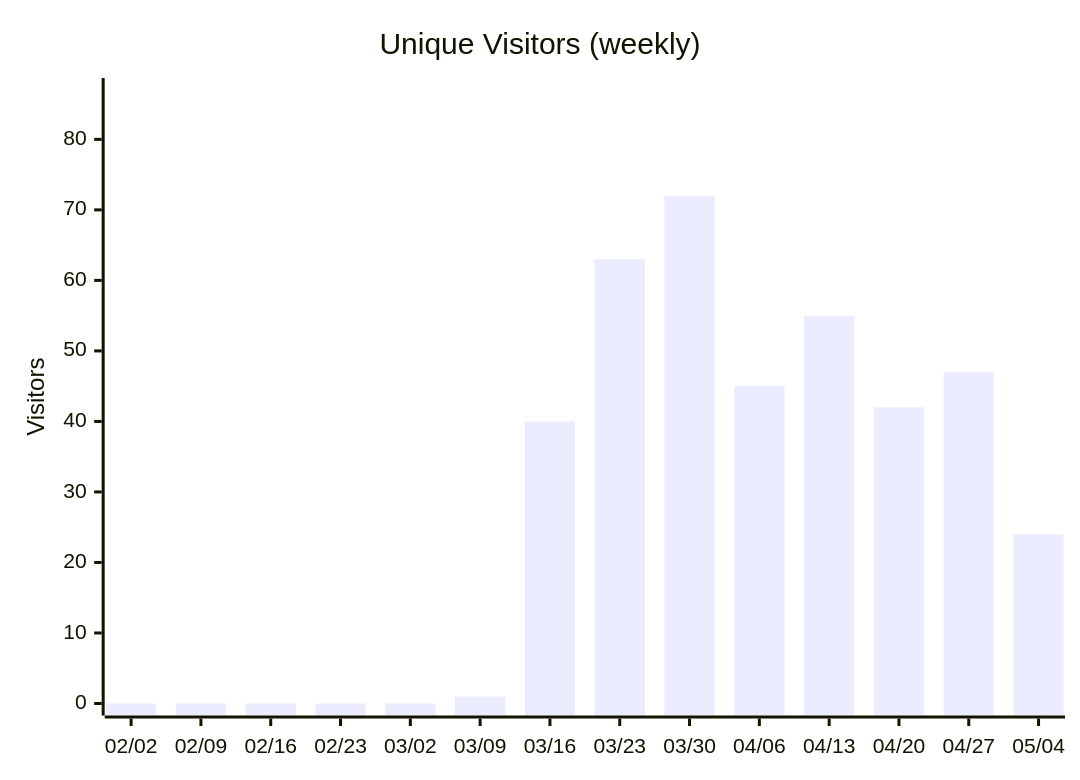
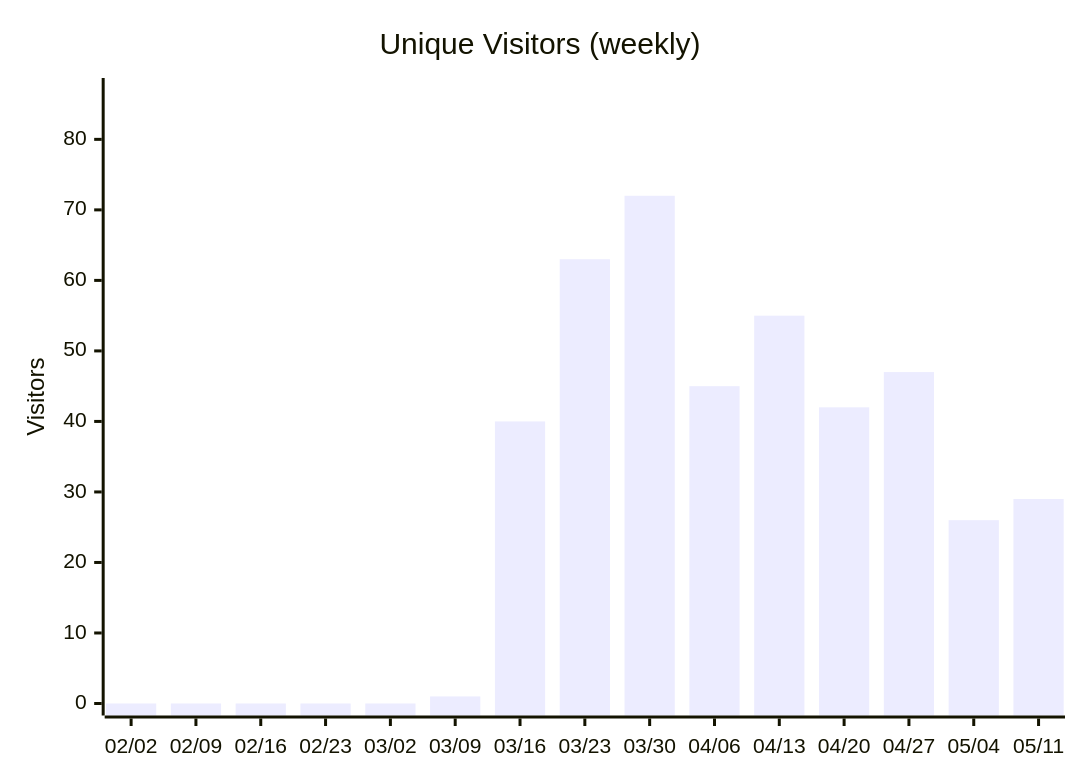
Diagram 13 of 14 in docs/metrics.md (nablarch/nabledge-dev), drawn with Mermaid before and after one commit. The commit also changed other lines of this file and 2 other files, not shown here.

````diff
--- a/docs/metrics.md
+++ b/docs/metrics.md
@@ -169,7 +169,7 @@
 ```mermaid
 xychart-beta
   title "Unique Visitors (weekly)"
-  x-axis ["02/02", "02/09", "02/16", "02/23", "03/02", "03/09", "03/16", "03/23", "03/30", "04/06", "04/13", "04/20", "04/27", "05/04"]
+  x-axis ["02/02", "02/09", "02/16", "02/23", "03/02", "03/09", "03/16", "03/23", "03/30", "04/06", "04/13", "04/20", "04/27", "05/04", "05/11"]
   y-axis "Visitors" 0 --> 87
-  bar [0, 0, 0, 0, 0, 1, 40, 63, 72, 45, 55, 42, 47, 24]
+  bar [0, 0, 0, 0, 0, 1, 40, 63, 72, 45, 55, 42, 47, 26, 29]
 ```
````
